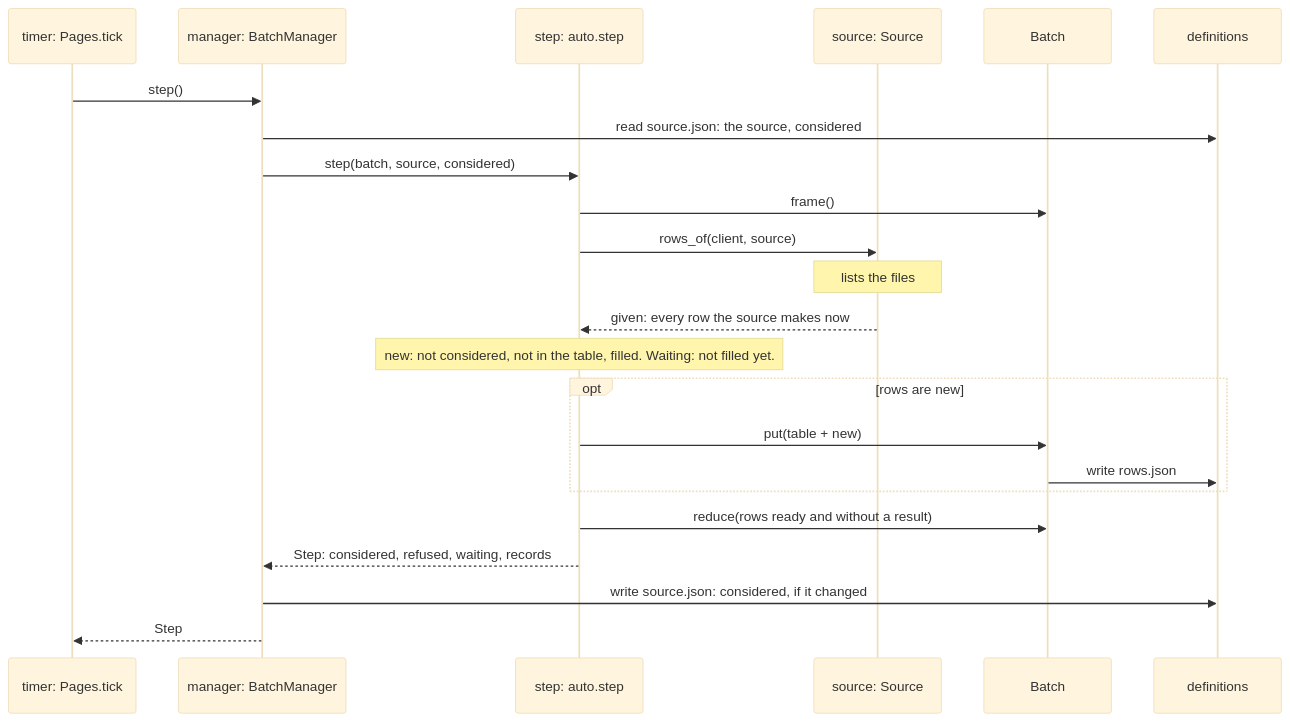
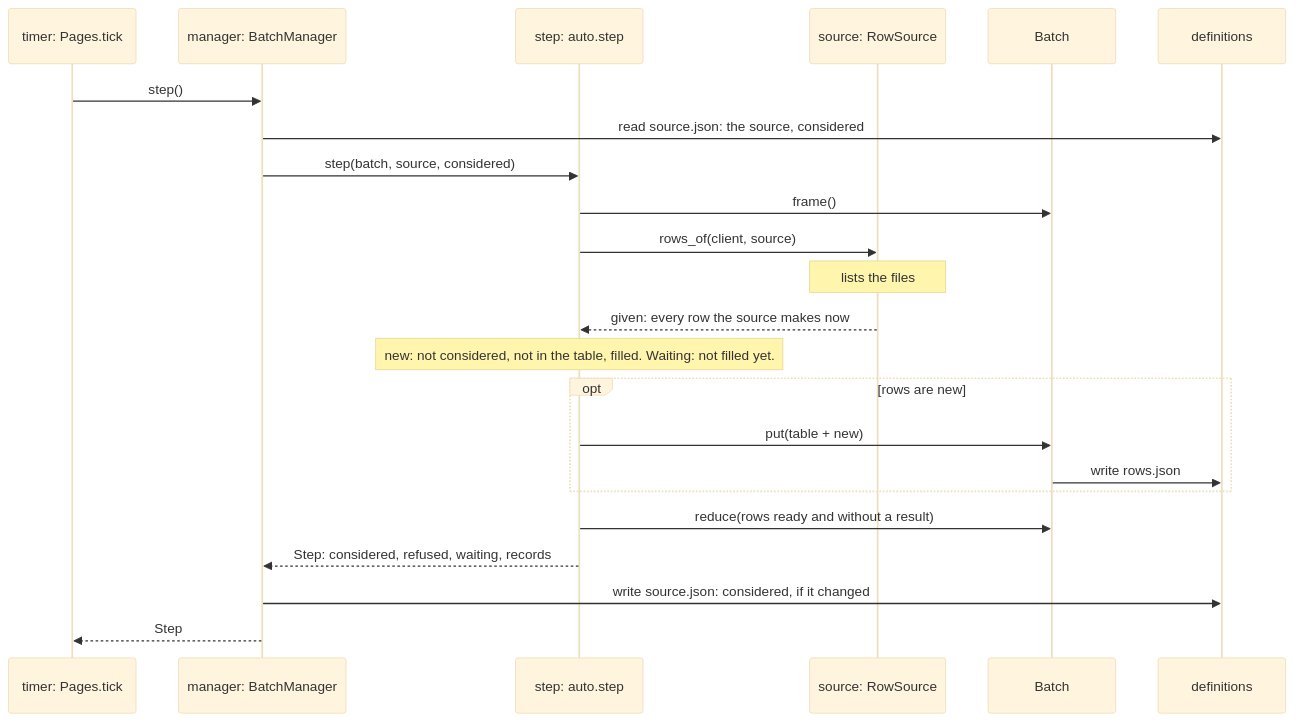
Before and after one commit to scipp/essapps: the fifth of 5 diagrams in packages/essapps/docs/batch.md, drawn with Mermaid (base theme). The commit also changed other lines of this file and 26 other files, not shown here.

First line of the commit message:
Name the row source and the parameter columns

````diff
--- a/packages/essapps/docs/batch.md
+++ b/packages/essapps/docs/batch.md
@@ -556,25 +556,25 @@
 ```mermaid
 sequenceDiagram
     participant timer as timer: Pages.tick
     participant manager as manager: BatchManager
     participant step as step: auto.step
-    participant source as source: Source
+    participant source as source: RowSource
     participant batch as Batch
     participant definitions
     timer->>manager: step()
     manager->>definitions: read source.json: the source, considered
     manager->>step: step(batch, source, considered)
     step->>batch: frame()
     step->>source: rows_of(client, source)
     Note over source: lists the files
     source-->>step: given: every row the source makes now
     Note over step: new: not considered, not in the table, filled. Waiting: not filled yet.
     opt rows are new
         step->>batch: put(table + new)
         batch->>definitions: write rows.json
     end
     step->>batch: reduce(rows ready and without a result)
     step-->>manager: Step: considered, refused, waiting, records
     manager->>definitions: write source.json: considered, if it changed
     manager-->>timer: Step
 ```
````
